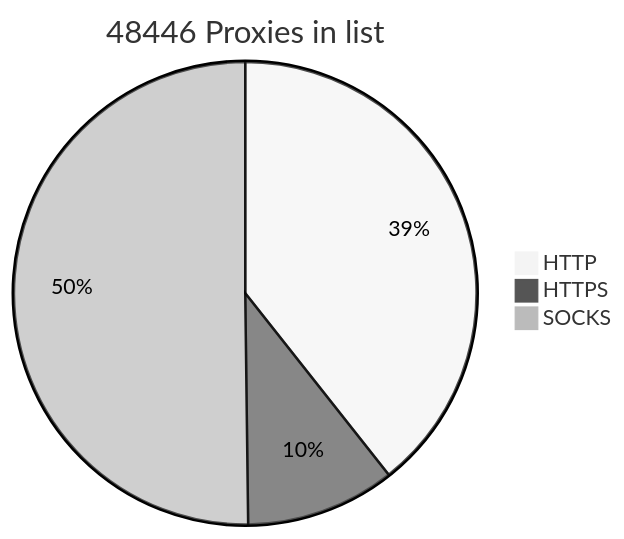
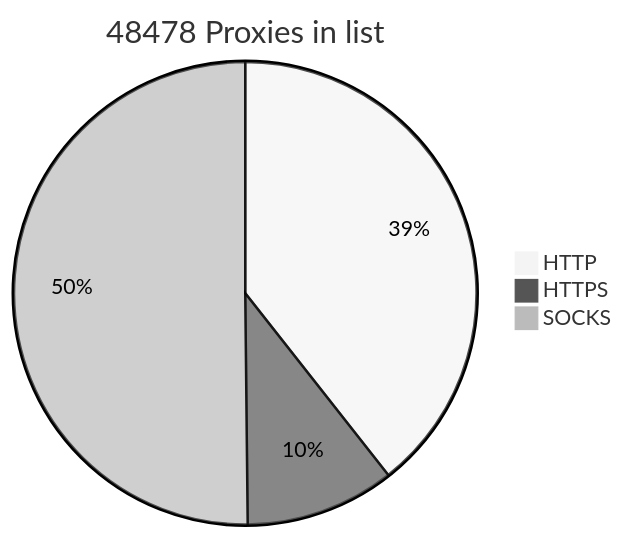
One commit to BlackSnowDot/proxylist-update-every-minute changed the diagram in README.md. Above: the diagram before and after it, drawn with Mermaid (neutral theme).

````diff
--- a/README.md
+++ b/README.md
@@ -2,6 +2,6 @@
 ```mermaid
-pie title 48446 Proxies in list
-    "HTTP" : 21001
-    "HTTPS": 5574
+pie title 48478 Proxies in list
+    "HTTP" : 21033
+    "HTTPS": 5576
     "SOCKS" : 26789
 ```
````
